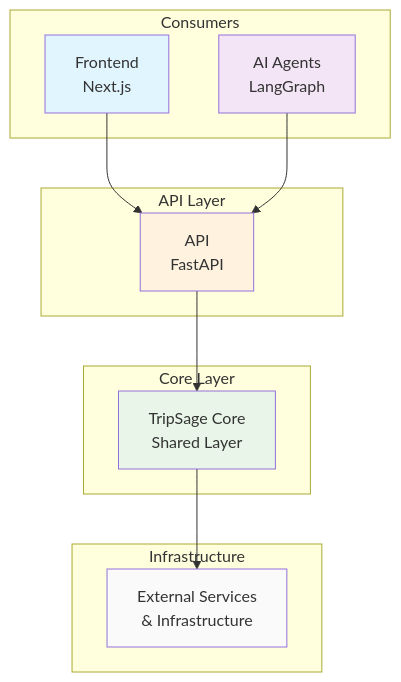
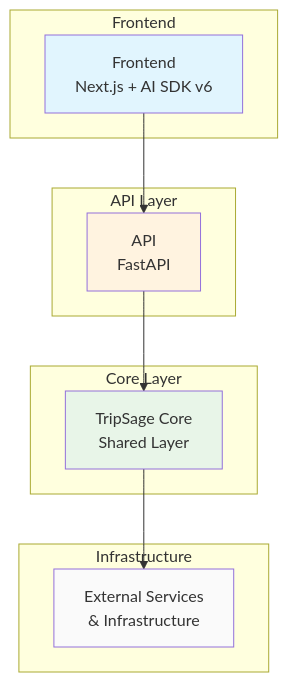
Before and after one commit to BjornMelin/tripsage-ai: the diagram in tripsage/api/README.md, drawn with Mermaid. The commit also changed other lines of this file and 102 other files, not shown here.

First line of the commit message:
refactor: migrate Python agents to TypeScript AI SDK v6 and integrate Google Places API

````diff
--- a/tripsage/api/README.md
+++ b/tripsage/api/README.md
@@ -28,30 +27,27 @@
 ```mermaid
 graph TD
-    A[Frontend<br/>Next.js] --> C[API<br/>FastAPI]
-    B[AI Agents<br/>LangGraph] --> C
+    A[Frontend<br/>Next.js + AI SDK v6] --> C[API<br/>FastAPI]
     C --> D[TripSage Core<br/>Shared Layer]
     D --> E[External Services<br/>& Infrastructure]
 
-    subgraph "Consumers"
+    subgraph "Frontend"
         A
-        B
     end
 
     subgraph "API Layer"
         C
     end
 
     subgraph "Core Layer"
         D
     end
 
     subgraph "Infrastructure"
         E
     end
 
     style A fill:#e1f5fe
-    style B fill:#f3e5f5
     style C fill:#fff3e0
     style D fill:#e8f5e8
     style E fill:#fafafa
 ```
````
